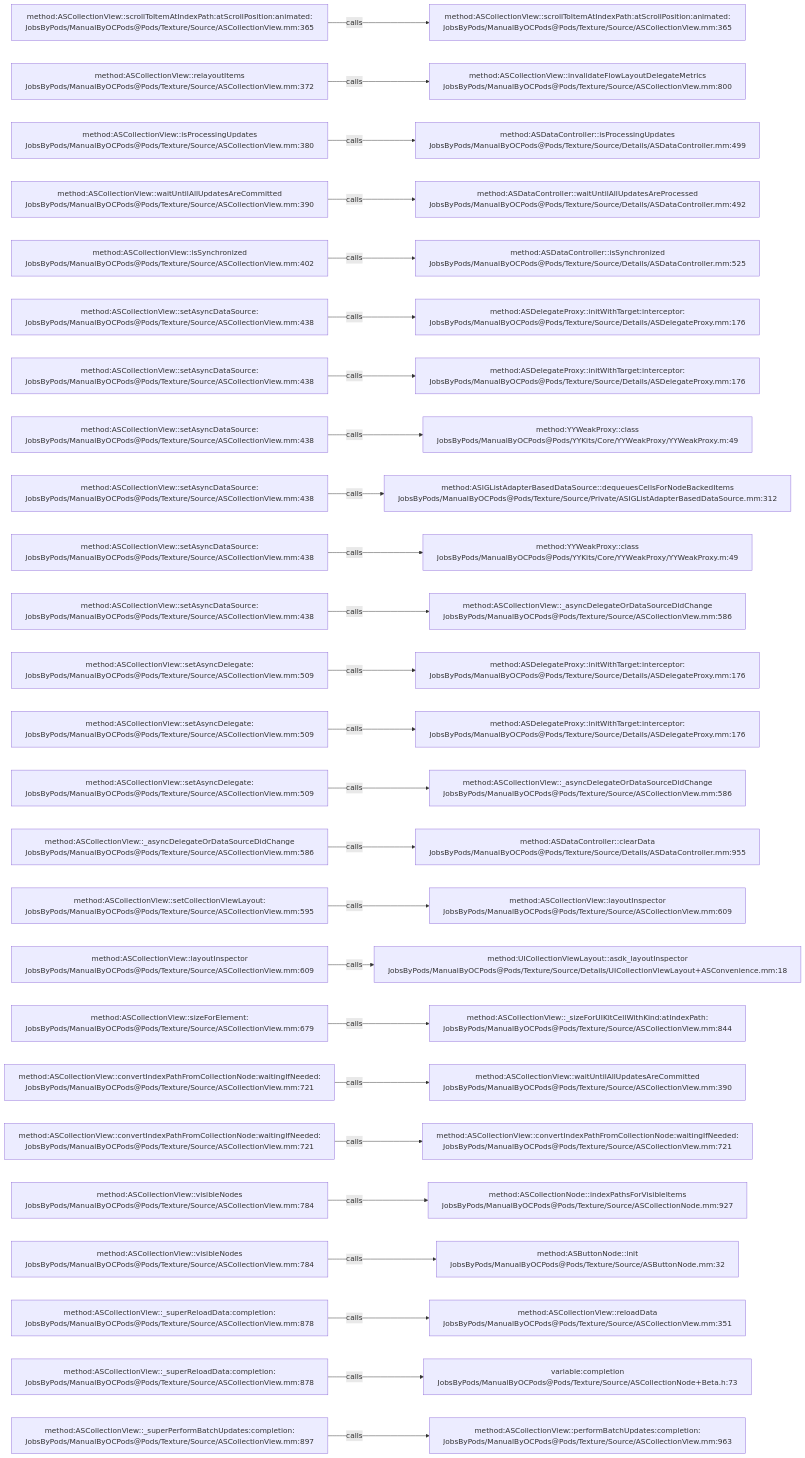
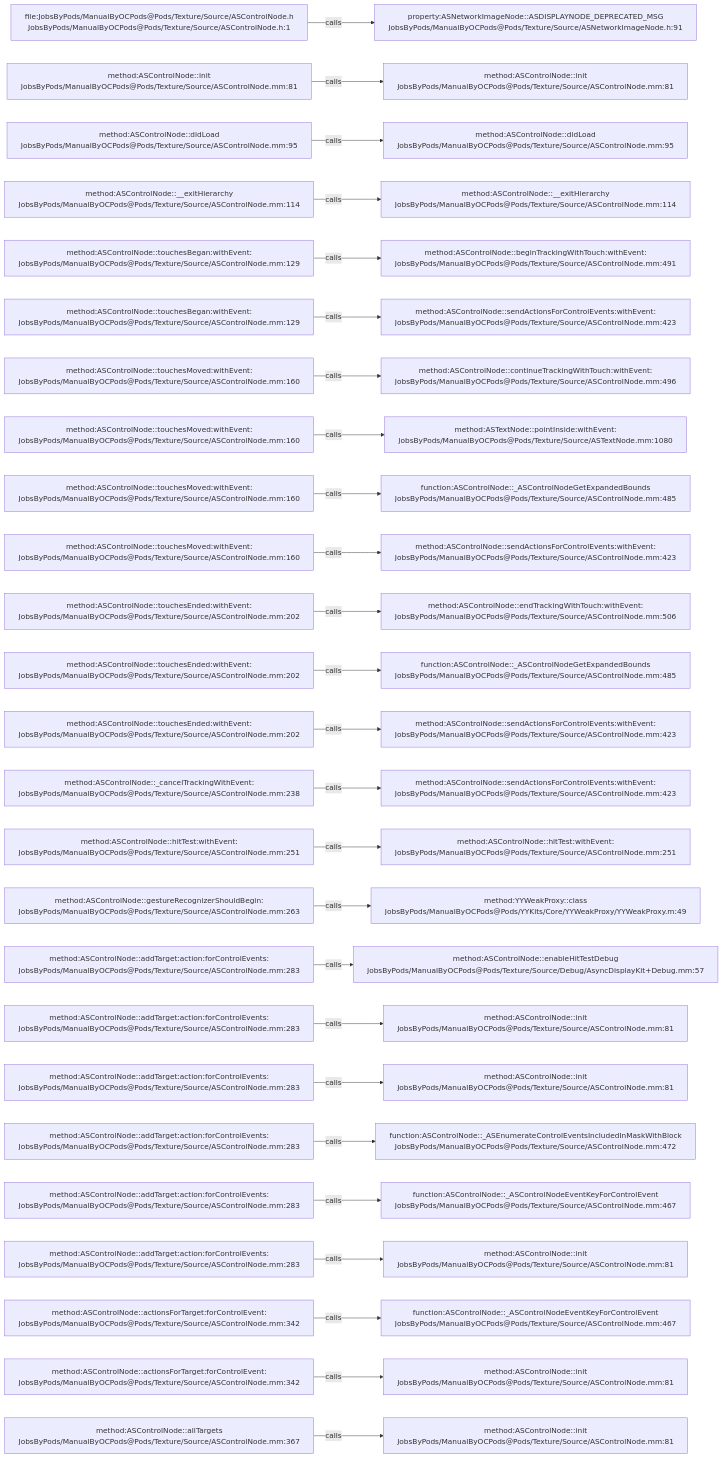
One commit to JobsKits/JobsOCBaseConfigDemo changed the diagram in .codegraph/codegraph.md/graphs/calls-072.md. Above: the diagram before and after it, drawn with Mermaid. The commit also changed 2723 other files, not shown here.

````diff
--- a/.codegraph/codegraph.md/graphs/calls-072.md
+++ b/.codegraph/codegraph.md/graphs/calls-072.md
@@ -13,78 +13,78 @@
 ```mermaid
 flowchart LR
-  S1["method:ASCollectionView::scrollToItemAtIndexPath:atScrollPosition:animated:<br/>JobsByPods/ManualByOCPods@Pods/Texture/Source/ASCollectionView.mm:365"]
-  T1["method:ASCollectionView::scrollToItemAtIndexPath:atScrollPosition:animated:<br/>JobsByPods/ManualByOCPods@Pods/Texture/Source/ASCollectionView.mm:365"]
+  S1["file:JobsByPods/ManualByOCPods@Pods/Texture/Source/ASControlNode.h<br/>JobsByPods/ManualByOCPods@Pods/Texture/Source/ASControlNode.h:1"]
+  T1["property:ASNetworkImageNode::ASDISPLAYNODE_DEPRECATED_MSG<br/>JobsByPods/ManualByOCPods@Pods/Texture/Source/ASNetworkImageNode.h:91"]
   S1 -->|calls| T1
-  S2["method:ASCollectionView::relayoutItems<br/>JobsByPods/ManualByOCPods@Pods/Texture/Source/ASCollectionView.mm:372"]
-  T2["method:ASCollectionView::invalidateFlowLayoutDelegateMetrics<br/>JobsByPods/ManualByOCPods@Pods/Texture/Source/ASCollectionView.mm:800"]
+  S2["method:ASControlNode::init<br/>JobsByPods/ManualByOCPods@Pods/Texture/Source/ASControlNode.mm:81"]
+  T2["method:ASControlNode::init<br/>JobsByPods/ManualByOCPods@Pods/Texture/Source/ASControlNode.mm:81"]
   S2 -->|calls| T2
-  S3["method:ASCollectionView::isProcessingUpdates<br/>JobsByPods/ManualByOCPods@Pods/Texture/Source/ASCollectionView.mm:380"]
-  T3["method:ASDataController::isProcessingUpdates<br/>JobsByPods/ManualByOCPods@Pods/Texture/Source/Details/ASDataController.mm:499"]
+  S3["method:ASControlNode::didLoad<br/>JobsByPods/ManualByOCPods@Pods/Texture/Source/ASControlNode.mm:95"]
+  T3["method:ASControlNode::didLoad<br/>JobsByPods/ManualByOCPods@Pods/Texture/Source/ASControlNode.mm:95"]
   S3 -->|calls| T3
-  S4["method:ASCollectionView::waitUntilAllUpdatesAreCommitted<br/>JobsByPods/ManualByOCPods@Pods/Texture/Source/ASCollectionView.mm:390"]
-  T4["method:ASDataController::waitUntilAllUpdatesAreProcessed<br/>JobsByPods/ManualByOCPods@Pods/Texture/Source/Details/ASDataController.mm:492"]
+  S4["method:ASControlNode::__exitHierarchy<br/>JobsByPods/ManualByOCPods@Pods/Texture/Source/ASControlNode.mm:114"]
+  T4["method:ASControlNode::__exitHierarchy<br/>JobsByPods/ManualByOCPods@Pods/Texture/Source/ASControlNode.mm:114"]
   S4 -->|calls| T4
-  S5["method:ASCollectionView::isSynchronized<br/>JobsByPods/ManualByOCPods@Pods/Texture/Source/ASCollectionView.mm:402"]
-  T5["method:ASDataController::isSynchronized<br/>JobsByPods/ManualByOCPods@Pods/Texture/Source/Details/ASDataController.mm:525"]
+  S5["method:ASControlNode::touchesBegan:withEvent:<br/>JobsByPods/ManualByOCPods@Pods/Texture/Source/ASControlNode.mm:129"]
+  T5["method:ASControlNode::beginTrackingWithTouch:withEvent:<br/>JobsByPods/ManualByOCPods@Pods/Texture/Source/ASControlNode.mm:491"]
   S5 -->|calls| T5
-  S6["method:ASCollectionView::setAsyncDataSource:<br/>JobsByPods/ManualByOCPods@Pods/Texture/Source/ASCollectionView.mm:438"]
-  T6["method:ASDelegateProxy::initWithTarget:interceptor:<br/>JobsByPods/ManualByOCPods@Pods/Texture/Source/Details/ASDelegateProxy.mm:176"]
+  S6["method:ASControlNode::touchesBegan:withEvent:<br/>JobsByPods/ManualByOCPods@Pods/Texture/Source/ASControlNode.mm:129"]
+  T6["method:ASControlNode::sendActionsForControlEvents:withEvent:<br/>JobsByPods/ManualByOCPods@Pods/Texture/Source/ASControlNode.mm:423"]
   S6 -->|calls| T6
-  S7["method:ASCollectionView::setAsyncDataSource:<br/>JobsByPods/ManualByOCPods@Pods/Texture/Source/ASCollectionView.mm:438"]
-  T7["method:ASDelegateProxy::initWithTarget:interceptor:<br/>JobsByPods/ManualByOCPods@Pods/Texture/Source/Details/ASDelegateProxy.mm:176"]
+  S7["method:ASControlNode::touchesMoved:withEvent:<br/>JobsByPods/ManualByOCPods@Pods/Texture/Source/ASControlNode.mm:160"]
+  T7["method:ASControlNode::continueTrackingWithTouch:withEvent:<br/>JobsByPods/ManualByOCPods@Pods/Texture/Source/ASControlNode.mm:496"]
   S7 -->|calls| T7
-  S8["method:ASCollectionView::setAsyncDataSource:<br/>JobsByPods/ManualByOCPods@Pods/Texture/Source/ASCollectionView.mm:438"]
-  T8["method:YYWeakProxy::class<br/>JobsByPods/ManualByOCPods@Pods/YYKits/Core/YYWeakProxy/YYWeakProxy.m:49"]
+  S8["method:ASControlNode::touchesMoved:withEvent:<br/>JobsByPods/ManualByOCPods@Pods/Texture/Source/ASControlNode.mm:160"]
+  T8["method:ASTextNode::pointInside:withEvent:<br/>JobsByPods/ManualByOCPods@Pods/Texture/Source/ASTextNode.mm:1080"]
   S8 -->|calls| T8
-  S9["method:ASCollectionView::setAsyncDataSource:<br/>JobsByPods/ManualByOCPods@Pods/Texture/Source/ASCollectionView.mm:438"]
-  T9["method:ASIGListAdapterBasedDataSource::dequeuesCellsForNodeBackedItems<br/>JobsByPods/ManualByOCPods@Pods/Texture/Source/Private/ASIGListAdapterBasedDataSource.mm:312"]
+  S9["method:ASControlNode::touchesMoved:withEvent:<br/>JobsByPods/ManualByOCPods@Pods/Texture/Source/ASControlNode.mm:160"]
+  T9["function:ASControlNode::_ASControlNodeGetExpandedBounds<br/>JobsByPods/ManualByOCPods@Pods/Texture/Source/ASControlNode.mm:485"]
   S9 -->|calls| T9
-  S10["method:ASCollectionView::setAsyncDataSource:<br/>JobsByPods/ManualByOCPods@Pods/Texture/Source/ASCollectionView.mm:438"]
-  T10["method:YYWeakProxy::class<br/>JobsByPods/ManualByOCPods@Pods/YYKits/Core/YYWeakProxy/YYWeakProxy.m:49"]
+  S10["method:ASControlNode::touchesMoved:withEvent:<br/>JobsByPods/ManualByOCPods@Pods/Texture/Source/ASControlNode.mm:160"]
+  T10["method:ASControlNode::sendActionsForControlEvents:withEvent:<br/>JobsByPods/ManualByOCPods@Pods/Texture/Source/ASControlNode.mm:423"]
   S10 -->|calls| T10
-  S11["method:ASCollectionView::setAsyncDataSource:<br/>JobsByPods/ManualByOCPods@Pods/Texture/Source/ASCollectionView.mm:438"]
-  T11["method:ASCollectionView::_asyncDelegateOrDataSourceDidChange<br/>JobsByPods/ManualByOCPods@Pods/Texture/Source/ASCollectionView.mm:586"]
+  S11["method:ASControlNode::touchesEnded:withEvent:<br/>JobsByPods/ManualByOCPods@Pods/Texture/Source/ASControlNode.mm:202"]
+  T11["method:ASControlNode::endTrackingWithTouch:withEvent:<br/>JobsByPods/ManualByOCPods@Pods/Texture/Source/ASControlNode.mm:506"]
   S11 -->|calls| T11
-  S12["method:ASCollectionView::setAsyncDelegate:<br/>JobsByPods/ManualByOCPods@Pods/Texture/Source/ASCollectionView.mm:509"]
-  T12["method:ASDelegateProxy::initWithTarget:interceptor:<br/>JobsByPods/ManualByOCPods@Pods/Texture/Source/Details/ASDelegateProxy.mm:176"]
+  S12["method:ASControlNode::touchesEnded:withEvent:<br/>JobsByPods/ManualByOCPods@Pods/Texture/Source/ASControlNode.mm:202"]
+  T12["function:ASControlNode::_ASControlNodeGetExpandedBounds<br/>JobsByPods/ManualByOCPods@Pods/Texture/Source/ASControlNode.mm:485"]
   S12 -->|calls| T12
-  S13["method:ASCollectionView::setAsyncDelegate:<br/>JobsByPods/ManualByOCPods@Pods/Texture/Source/ASCollectionView.mm:509"]
-  T13["method:ASDelegateProxy::initWithTarget:interceptor:<br/>JobsByPods/ManualByOCPods@Pods/Texture/Source/Details/ASDelegateProxy.mm:176"]
+  S13["method:ASControlNode::touchesEnded:withEvent:<br/>JobsByPods/ManualByOCPods@Pods/Texture/Source/ASControlNode.mm:202"]
+  T13["method:ASControlNode::sendActionsForControlEvents:withEvent:<br/>JobsByPods/ManualByOCPods@Pods/Texture/Source/ASControlNode.mm:423"]
   S13 -->|calls| T13
-  S14["method:ASCollectionView::setAsyncDelegate:<br/>JobsByPods/ManualByOCPods@Pods/Texture/Source/ASCollectionView.mm:509"]
-  T14["method:ASCollectionView::_asyncDelegateOrDataSourceDidChange<br/>JobsByPods/ManualByOCPods@Pods/Texture/Source/ASCollectionView.mm:586"]
+  S14["method:ASControlNode::_cancelTrackingWithEvent:<br/>JobsByPods/ManualByOCPods@Pods/Texture/Source/ASControlNode.mm:238"]
+  T14["method:ASControlNode::sendActionsForControlEvents:withEvent:<br/>JobsByPods/ManualByOCPods@Pods/Texture/Source/ASControlNode.mm:423"]
   S14 -->|calls| T14
-  S15["method:ASCollectionView::_asyncDelegateOrDataSourceDidChange<br/>JobsByPods/ManualByOCPods@Pods/Texture/Source/ASCollectionView.mm:586"]
-  T15["method:ASDataController::clearData<br/>JobsByPods/ManualByOCPods@Pods/Texture/Source/Details/ASDataController.mm:955"]
+  S15["method:ASControlNode::hitTest:withEvent:<br/>JobsByPods/ManualByOCPods@Pods/Texture/Source/ASControlNode.mm:251"]
+  T15["method:ASControlNode::hitTest:withEvent:<br/>JobsByPods/ManualByOCPods@Pods/Texture/Source/ASControlNode.mm:251"]
   S15 -->|calls| T15
-  S16["method:ASCollectionView::setCollectionViewLayout:<br/>JobsByPods/ManualByOCPods@Pods/Texture/Source/ASCollectionView.mm:595"]
-  T16["method:ASCollectionView::layoutInspector<br/>JobsByPods/ManualByOCPods@Pods/Texture/Source/ASCollectionView.mm:609"]
+  S16["method:ASControlNode::gestureRecognizerShouldBegin:<br/>JobsByPods/ManualByOCPods@Pods/Texture/Source/ASControlNode.mm:263"]
+  T16["method:YYWeakProxy::class<br/>JobsByPods/ManualByOCPods@Pods/YYKits/Core/YYWeakProxy/YYWeakProxy.m:49"]
   S16 -->|calls| T16
-  S17["method:ASCollectionView::layoutInspector<br/>JobsByPods/ManualByOCPods@Pods/Texture/Source/ASCollectionView.mm:609"]
-  T17["method:UICollectionViewLayout::asdk_layoutInspector<br/>JobsByPods/ManualByOCPods@Pods/Texture/Source/Details/UICollectionViewLayout+ASConvenience.mm:18"]
+  S17["method:ASControlNode::addTarget:action:forControlEvents:<br/>JobsByPods/ManualByOCPods@Pods/Texture/Source/ASControlNode.mm:283"]
+  T17["method:ASControlNode::enableHitTestDebug<br/>JobsByPods/ManualByOCPods@Pods/Texture/Source/Debug/AsyncDisplayKit+Debug.mm:57"]
   S17 -->|calls| T17
-  S18["method:ASCollectionView::sizeForElement:<br/>JobsByPods/ManualByOCPods@Pods/Texture/Source/ASCollectionView.mm:679"]
-  T18["method:ASCollectionView::_sizeForUIKitCellWithKind:atIndexPath:<br/>JobsByPods/ManualByOCPods@Pods/Texture/Source/ASCollectionView.mm:844"]
+  S18["method:ASControlNode::addTarget:action:forControlEvents:<br/>JobsByPods/ManualByOCPods@Pods/Texture/Source/ASControlNode.mm:283"]
+  T18["method:ASControlNode::init<br/>JobsByPods/ManualByOCPods@Pods/Texture/Source/ASControlNode.mm:81"]
   S18 -->|calls| T18
-  S19["method:ASCollectionView::convertIndexPathFromCollectionNode:waitingIfNeeded:<br/>JobsByPods/ManualByOCPods@Pods/Texture/Source/ASCollectionView.mm:721"]
-  T19["method:ASCollectionView::waitUntilAllUpdatesAreCommitted<br/>JobsByPods/ManualByOCPods@Pods/Texture/Source/ASCollectionView.mm:390"]
+  S19["method:ASControlNode::addTarget:action:forControlEvents:<br/>JobsByPods/ManualByOCPods@Pods/Texture/Source/ASControlNode.mm:283"]
+  T19["method:ASControlNode::init<br/>JobsByPods/ManualByOCPods@Pods/Texture/Source/ASControlNode.mm:81"]
   S19 -->|calls| T19
-  S20["method:ASCollectionView::convertIndexPathFromCollectionNode:waitingIfNeeded:<br/>JobsByPods/ManualByOCPods@Pods/Texture/Source/ASCollectionView.mm:721"]
-  T20["method:ASCollectionView::convertIndexPathFromCollectionNode:waitingIfNeeded:<br/>JobsByPods/ManualByOCPods@Pods/Texture/Source/ASCollectionView.mm:721"]
+  S20["method:ASControlNode::addTarget:action:forControlEvents:<br/>JobsByPods/ManualByOCPods@Pods/Texture/Source/ASControlNode.mm:283"]
+  T20["function:ASControlNode::_ASEnumerateControlEventsIncludedInMaskWithBlock<br/>JobsByPods/ManualByOCPods@Pods/Texture/Source/ASControlNode.mm:472"]
   S20 -->|calls| T20
-  S21["method:ASCollectionView::visibleNodes<br/>JobsByPods/ManualByOCPods@Pods/Texture/Source/ASCollectionView.mm:784"]
-  T21["method:ASCollectionNode::indexPathsForVisibleItems<br/>JobsByPods/ManualByOCPods@Pods/Texture/Source/ASCollectionNode.mm:927"]
+  S21["method:ASControlNode::addTarget:action:forControlEvents:<br/>JobsByPods/ManualByOCPods@Pods/Texture/Source/ASControlNode.mm:283"]
+  T21["function:ASControlNode::_ASControlNodeEventKeyForControlEvent<br/>JobsByPods/ManualByOCPods@Pods/Texture/Source/ASControlNode.mm:467"]
   S21 -->|calls| T21
-  S22["method:ASCollectionView::visibleNodes<br/>JobsByPods/ManualByOCPods@Pods/Texture/Source/ASCollectionView.mm:784"]
-  T22["method:ASButtonNode::init<br/>JobsByPods/ManualByOCPods@Pods/Texture/Source/ASButtonNode.mm:32"]
+  S22["method:ASControlNode::addTarget:action:forControlEvents:<br/>JobsByPods/ManualByOCPods@Pods/Texture/Source/ASControlNode.mm:283"]
+  T22["method:ASControlNode::init<br/>JobsByPods/ManualByOCPods@Pods/Texture/Source/ASControlNode.mm:81"]
   S22 -->|calls| T22
-  S23["method:ASCollectionView::_superReloadData:completion:<br/>JobsByPods/ManualByOCPods@Pods/Texture/Source/ASCollectionView.mm:878"]
-  T23["method:ASCollectionView::reloadData<br/>JobsByPods/ManualByOCPods@Pods/Texture/Source/ASCollectionView.mm:351"]
+  S23["method:ASControlNode::actionsForTarget:forControlEvent:<br/>JobsByPods/ManualByOCPods@Pods/Texture/Source/ASControlNode.mm:342"]
+  T23["function:ASControlNode::_ASControlNodeEventKeyForControlEvent<br/>JobsByPods/ManualByOCPods@Pods/Texture/Source/ASControlNode.mm:467"]
   S23 -->|calls| T23
-  S24["method:ASCollectionView::_superReloadData:completion:<br/>JobsByPods/ManualByOCPods@Pods/Texture/Source/ASCollectionView.mm:878"]
-  T24["variable:completion<br/>JobsByPods/ManualByOCPods@Pods/Texture/Source/ASCollectionNode+Beta.h:73"]
+  S24["method:ASControlNode::actionsForTarget:forControlEvent:<br/>JobsByPods/ManualByOCPods@Pods/Texture/Source/ASControlNode.mm:342"]
+  T24["method:ASControlNode::init<br/>JobsByPods/ManualByOCPods@Pods/Texture/Source/ASControlNode.mm:81"]
   S24 -->|calls| T24
-  S25["method:ASCollectionView::_superPerformBatchUpdates:completion:<br/>JobsByPods/ManualByOCPods@Pods/Texture/Source/ASCollectionView.mm:897"]
-  T25["method:ASCollectionView::performBatchUpdates:completion:<br/>JobsByPods/ManualByOCPods@Pods/Texture/Source/ASCollectionView.mm:963"]
+  S25["method:ASControlNode::allTargets<br/>JobsByPods/ManualByOCPods@Pods/Texture/Source/ASControlNode.mm:367"]
+  T25["method:ASControlNode::init<br/>JobsByPods/ManualByOCPods@Pods/Texture/Source/ASControlNode.mm:81"]
   S25 -->|calls| T25
 ```
````
